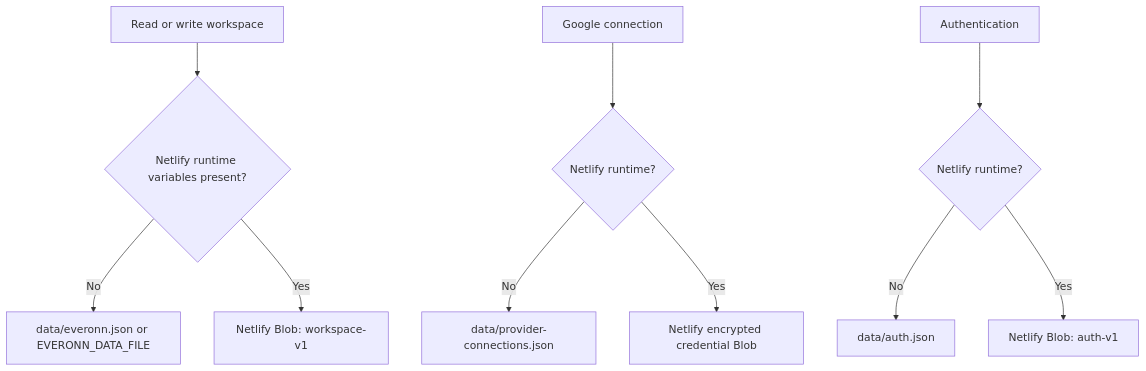
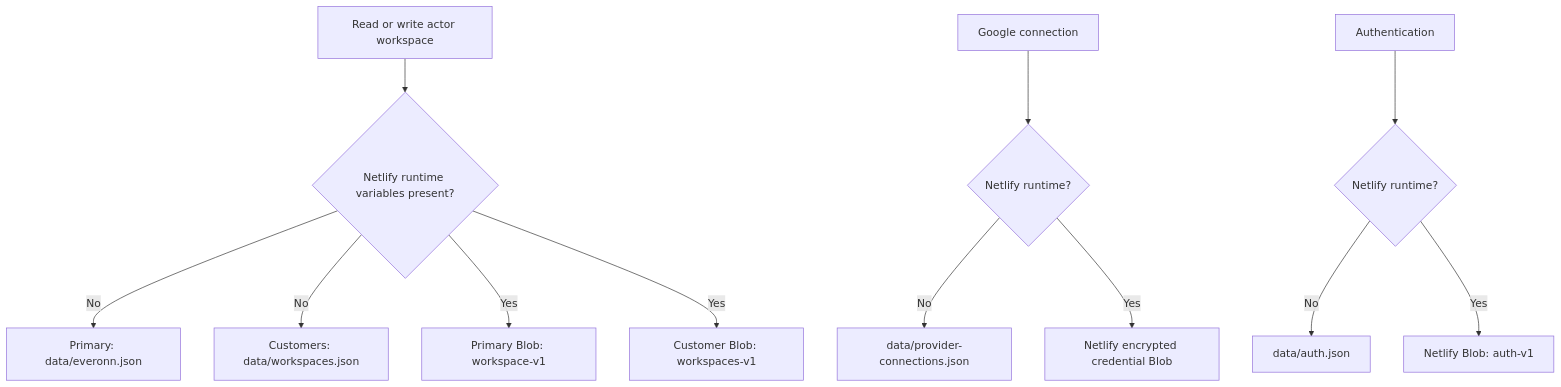
Before and after one commit to tinitiateprime/everonnai: the second of 8 diagrams in PROJECT_DATA_FLOW.md, drawn with Mermaid. The commit also changed other lines of this file and 29 other files, not shown here.

Commit message:
Add isolated customer registration workspaces

````diff
--- a/PROJECT_DATA_FLOW.md
+++ b/PROJECT_DATA_FLOW.md
@@ -52,12 +52,14 @@
 ```mermaid
 flowchart TD
-  Request[Read or write workspace] --> Runtime{Netlify runtime variables present?}
-  Runtime -- No --> File[data/everonn.json or EVERONN_DATA_FILE]
-  Runtime -- Yes --> Blob[Netlify Blob: workspace-v1]
+  Request[Read or write actor workspace] --> Runtime{Netlify runtime variables present?}
+  Runtime -- No --> PrimaryFile[Primary: data/everonn.json]
+  Runtime -- No --> CustomerFile[Customers: data/workspaces.json]
+  Runtime -- Yes --> PrimaryBlob[Primary Blob: workspace-v1]
+  Runtime -- Yes --> CustomerBlob[Customer Blob: workspaces-v1]
   Google[Google connection] --> CredRuntime{Netlify runtime?}
   CredRuntime -- No --> EncryptedFile[data/provider-connections.json]
   CredRuntime -- Yes --> EncryptedBlob[Netlify encrypted credential Blob]
   Auth[Authentication] --> AuthRuntime{Netlify runtime?}
   AuthRuntime -- No --> AuthFile[data/auth.json]
   AuthRuntime -- Yes --> AuthBlob[Netlify Blob: auth-v1]
 ```
````
